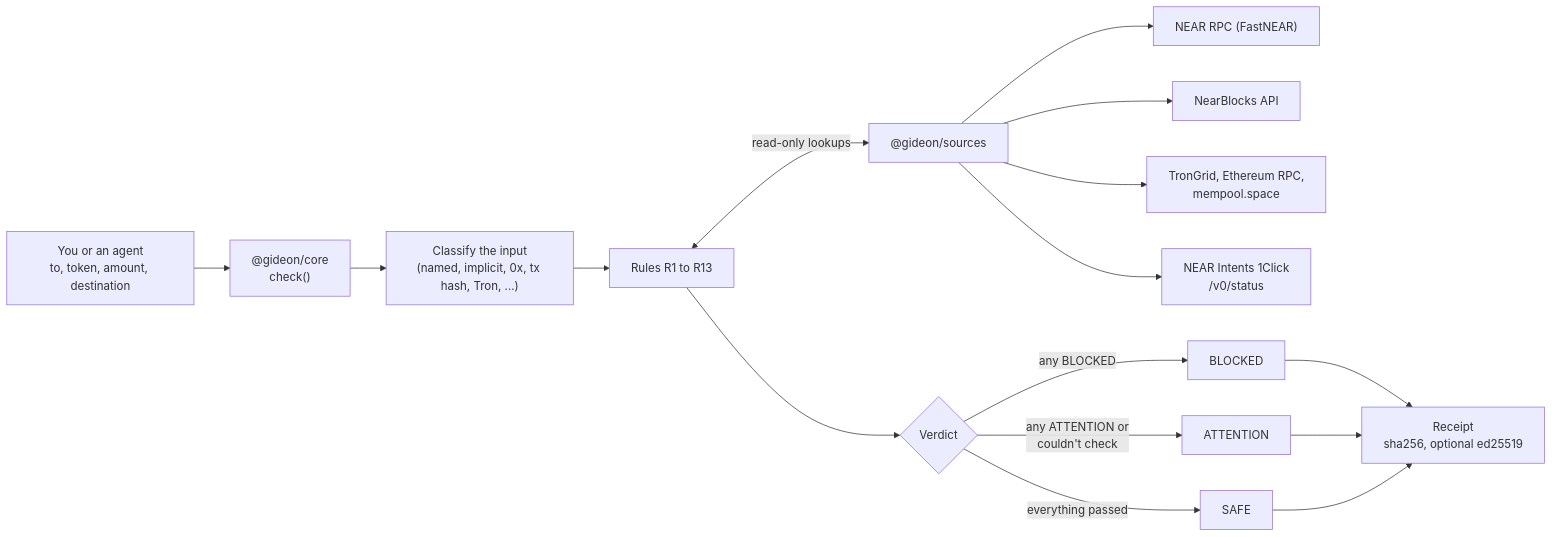
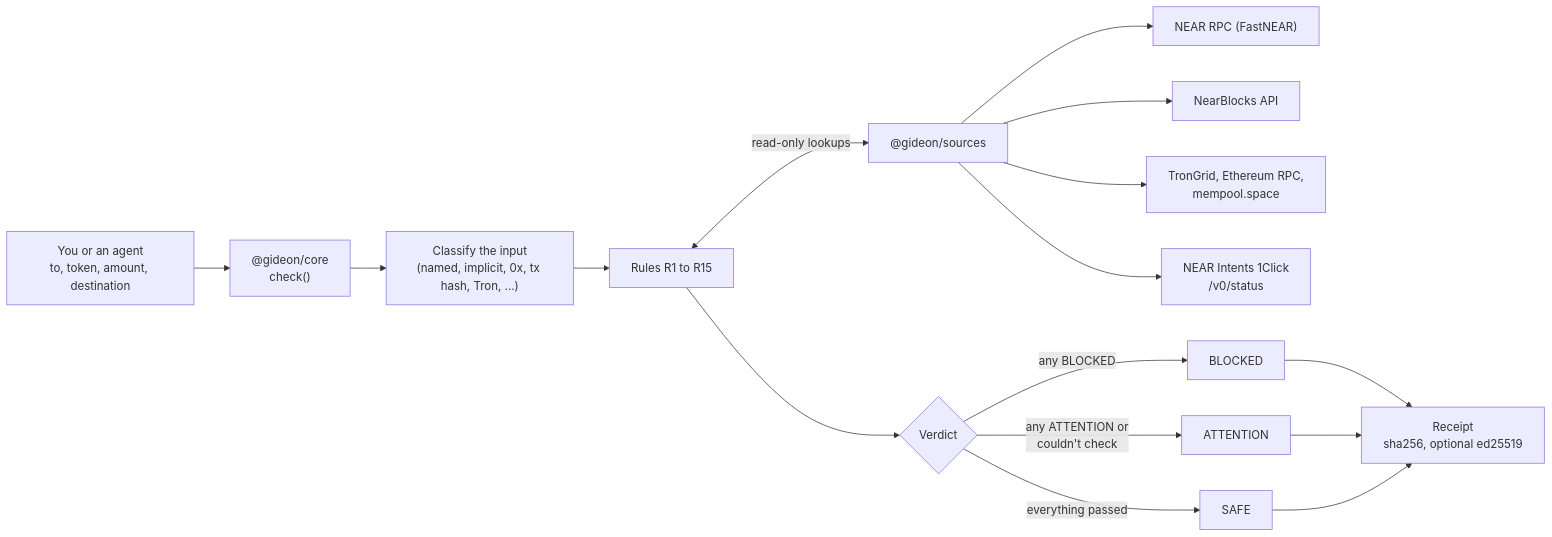
One commit to Adelekejr/Gideon-near changed the diagram in README.md. Above: the diagram before and after it, drawn with Mermaid. The commit also changed other lines of this file and 41 other files, not shown here.

````diff
--- a/README.md
+++ b/README.md
@@ -72,16 +72,16 @@
 ```mermaid
 flowchart LR
   U["You or an agent<br/>to, token, amount, destination"] --> E["@gideon/core<br/>check()"]
   E --> C["Classify the input<br/>(named, implicit, 0x, tx hash, Tron, ...)"]
-  C --> R["Rules R1 to R13"]
+  C --> R["Rules R1 to R15"]
   R <-->|"read-only lookups"| S["@gideon/sources"]
   S --> RPC["NEAR RPC (FastNEAR)"]
   S --> NB["NearBlocks API"]
   S --> FC["TronGrid, Ethereum RPC,<br/>mempool.space"]
   S --> OC["NEAR Intents 1Click<br/>/v0/status"]
   R --> V{"Verdict"}
   V -->|"any BLOCKED"| B["BLOCKED"]
   V -->|"any ATTENTION or<br/>couldn't check"| A["ATTENTION"]
   V -->|"everything passed"| OK["SAFE"]
   B & A & OK --> RC["Receipt<br/>sha256, optional ed25519"]
 ```
````
